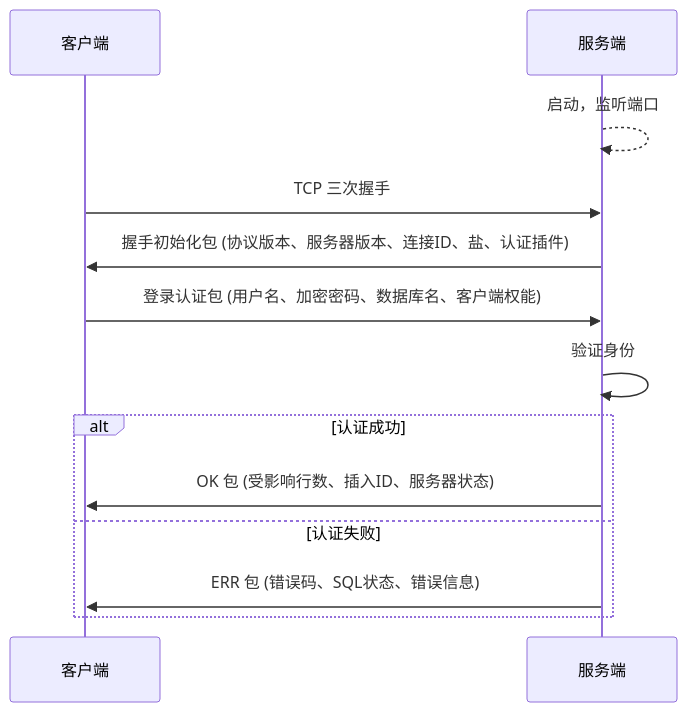
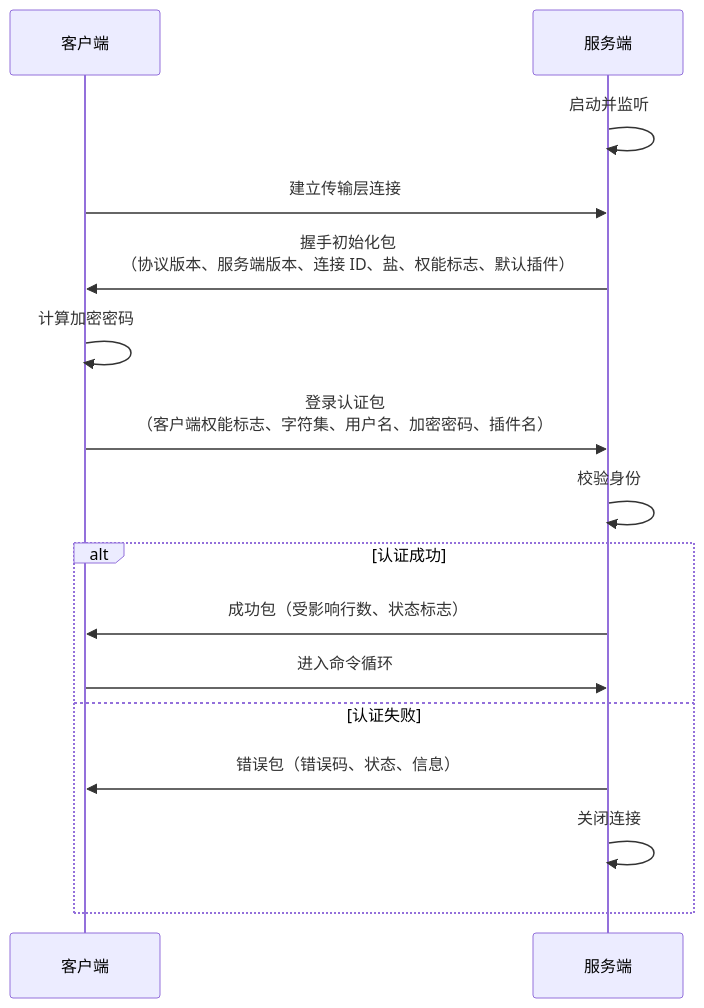
Before and after one commit to hpliStartAgain/my-brain: the diagram in content/中间件/MySQL/读书笔记-Mysql内核架构/02. 深入解析MySQL 客户端与服务端通信协议.md, drawn with Mermaid. The commit also changed other lines of this file and 56 other files, not shown here.

````diff
--- a/content/中间件/MySQL/读书笔记-Mysql内核架构/02. 深入解析MySQL 客户端与服务端通信协议.md
+++ b/content/中间件/MySQL/读书笔记-Mysql内核架构/02. 深入解析MySQL 客户端与服务端通信协议.md
@@ -85,16 +223,19 @@
 ```mermaid
+%%{init: {'theme': 'dracula'}}%%
 sequenceDiagram
     participant C as 客户端
     participant S as 服务端
-
-    S-->>S: 启动，监听端口
-    C->>S: TCP 三次握手
-    S->>C: 握手初始化包 (协议版本、服务器版本、连接ID、盐、认证插件)
-    C->>S: 登录认证包 (用户名、加密密码、数据库名、客户端权能)
-    S->>S: 验证身份
+    S->>S: 启动并监听
+    C->>S: 建立传输层连接
+    S->>C: 握手初始化包<br/>（协议版本、服务端版本、连接 ID、盐、权能标志、默认插件）
+    C->>C: 计算加密密码
+    C->>S: 登录认证包<br/>（客户端权能标志、字符集、用户名、加密密码、插件名）
+    S->>S: 校验身份
     alt 认证成功
-        S->>C: OK 包 (受影响行数、插入ID、服务器状态)
+        S->>C: 成功包（受影响行数、状态标志）
+        C->>S: 进入命令循环
     else 认证失败
-        S->>C: ERR 包 (错误码、SQL状态、错误信息)
+        S->>C: 错误包（错误码、状态、信息）
+        S->>S: 关闭连接
     end
 ```
````
